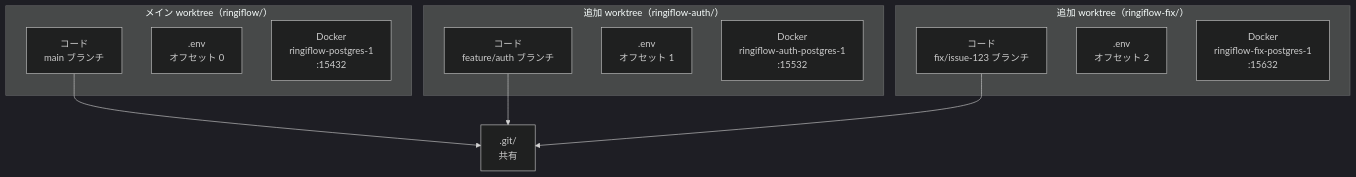
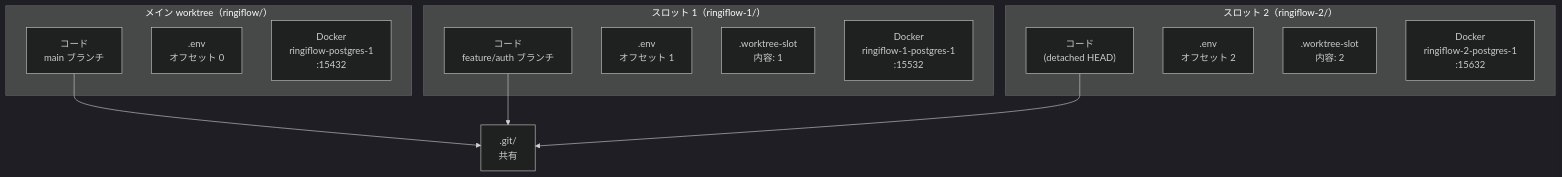
Before and after one commit to ka2kama/ringiflow: the first of 4 diagrams in docs/07_実装解説/03_並行開発環境/01_並行開発環境_機能解説.md, drawn with Mermaid (dark theme). The commit also changed other lines of this file and 14 other files, not shown here.

First line of the commit message:
#625 Change worktree to persistent slot model (#639)

````diff
--- a/docs/07_実装解説/03_並行開発環境/01_並行開発環境_機能解説.md
+++ b/docs/07_実装解説/03_並行開発環境/01_並行開発環境_機能解説.md
@@ -35,26 +40,28 @@
 ```mermaid
 flowchart TB
     subgraph Main["メイン worktree（ringiflow/）"]
         M_Code["コード<br/>main ブランチ"]
         M_Env[".env<br/>オフセット 0"]
         M_Docker["Docker<br/>ringiflow-postgres-1<br/>:15432"]
     end
 
-    subgraph WT1["追加 worktree（ringiflow-auth/）"]
+    subgraph WT1["スロット 1（ringiflow-1/）"]
         W1_Code["コード<br/>feature/auth ブランチ"]
         W1_Env[".env<br/>オフセット 1"]
-        W1_Docker["Docker<br/>ringiflow-auth-postgres-1<br/>:15532"]
+        W1_Marker[".worktree-slot<br/>内容: 1"]
+        W1_Docker["Docker<br/>ringiflow-1-postgres-1<br/>:15532"]
     end
 
-    subgraph WT2["追加 worktree（ringiflow-fix/）"]
-        W2_Code["コード<br/>fix/issue-123 ブランチ"]
+    subgraph WT2["スロット 2（ringiflow-2/）"]
+        W2_Code["コード<br/>(detached HEAD)"]
         W2_Env[".env<br/>オフセット 2"]
-        W2_Docker["Docker<br/>ringiflow-fix-postgres-1<br/>:15632"]
+        W2_Marker[".worktree-slot<br/>内容: 2"]
+        W2_Docker["Docker<br/>ringiflow-2-postgres-1<br/>:15632"]
     end
 
     GIT[".git/<br/>共有"]
 
     M_Code --> GIT
     W1_Code --> GIT
     W2_Code --> GIT
 ```
````
